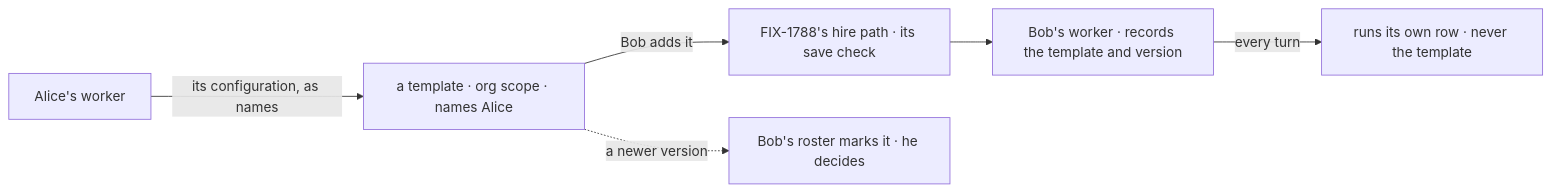
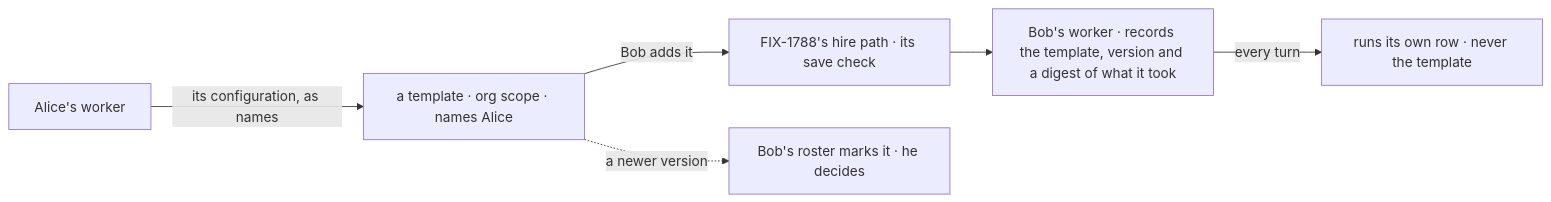
One commit to fixpoint-labs/flow-state-dev changed the second of 2 diagrams in specs/issues/FIX-1795/SPEC.md. Above: the diagram before and after it, drawn with Mermaid. The commit also changed other lines of this file and 4 other files, not shown here.

First line of the commit message:
spec(FIX-1795): fold review round 1 · a version keeps its flow, digest pinned, post-MVP

````diff
--- a/specs/issues/FIX-1795/SPEC.md
+++ b/specs/issues/FIX-1795/SPEC.md
@@ -87,8 +91,8 @@
 ```mermaid
 flowchart LR
   W["Alice's worker"] -->|"its configuration, as names"| T["a template · org scope · names Alice"]
   T -->|"Bob adds it"| H["FIX-1788's hire path · its save check"]
-  H --> C["Bob's worker · records the template and version"]
+  H --> C["Bob's worker · records the template, version and a digest of what it took"]
   C -->|"every turn"| R["runs its own row · never the template"]
   T -.->|"a newer version"| M["Bob's roster marks it · he decides"]
 ```
````
